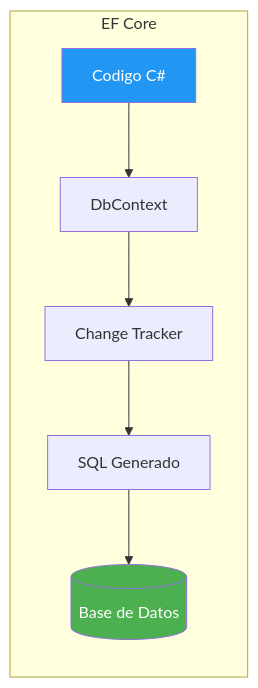
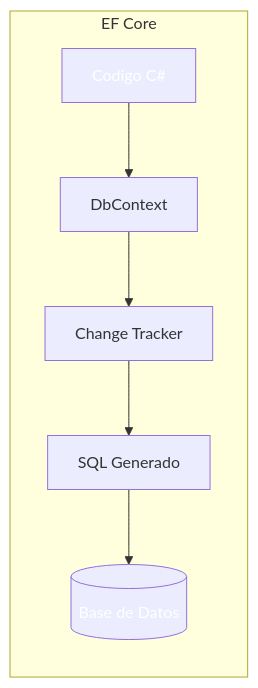
The diagram in 12-entity-framework-core.md (joseluisgs/DesarrolloWebEntornosServidor-02-2026-2027), drawn with Mermaid before and after one commit. The commit also changed other lines of this file and 41 other files, not shown here.

````diff
--- a/12-entity-framework-core.md
+++ b/12-entity-framework-core.md
@@ -124,12 +124,12 @@
 ```mermaid
 flowchart LR
     subgraph ORM["EF Core"]
         A[Codigo C#] --> B[DbContext]
         B --> C[Change Tracker]
         C --> D[SQL Generado]
         D --> E[(Base de Datos)]
     end
 
-    style A fill:#2196F3,color:#fff
-    style E fill:#4CAF50,color:#fff
+    style A fill:#2196F,color:#fff3,color:#fff
+    style E fill:#4CAF5,color:#fff0,color:#fff
 ```
````
